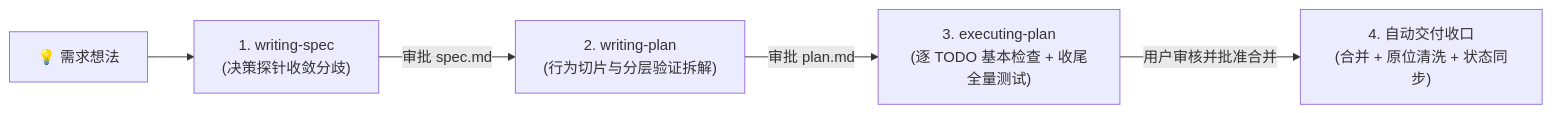
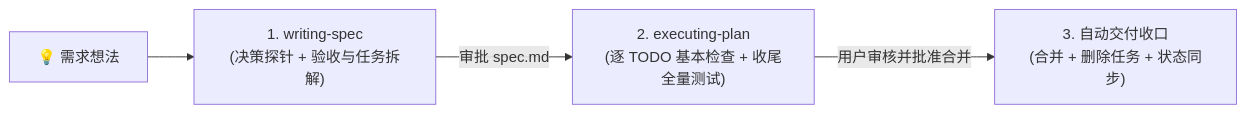
Before and after one commit to ccasJay/LazySpec: the diagram in README.md, drawn with Mermaid. The commit also changed other lines of this file and 31 other files, not shown here.

Commit message:
refactor(spec): 合并 spec 与 plan 为单文件并移除 fast 链路

````diff
--- a/README.md
+++ b/README.md
@@ -21,7 +21,6 @@
 ```mermaid
 flowchart LR
-    A["💡 需求想法"] --> B["1. writing-spec<br/>(决策探针收敛分歧)"]
-    B -->|审批 spec.md| C["2. writing-plan<br/>(行为切片与分层验证拆解)"]
-    C -->|审批 plan.md| D["3. executing-plan<br/>(逐 TODO 基本检查 + 收尾全量测试)"]
-    D -->|用户审核并批准合并| E["4. 自动交付收口<br/>(合并 + 原位清洗 + 状态同步)"]
+    A["💡 需求想法"] --> B["1. writing-spec<br/>(决策探针 + 验收与任务拆解)"]
+    B -->|审批 spec.md| C["2. executing-plan<br/>(逐 TODO 基本检查 + 收尾全量测试)"]
+    C -->|用户审核并批准合并| D["3. 自动交付收口<br/>(合并 + 删除任务 + 状态同步)"]
 ```
````
